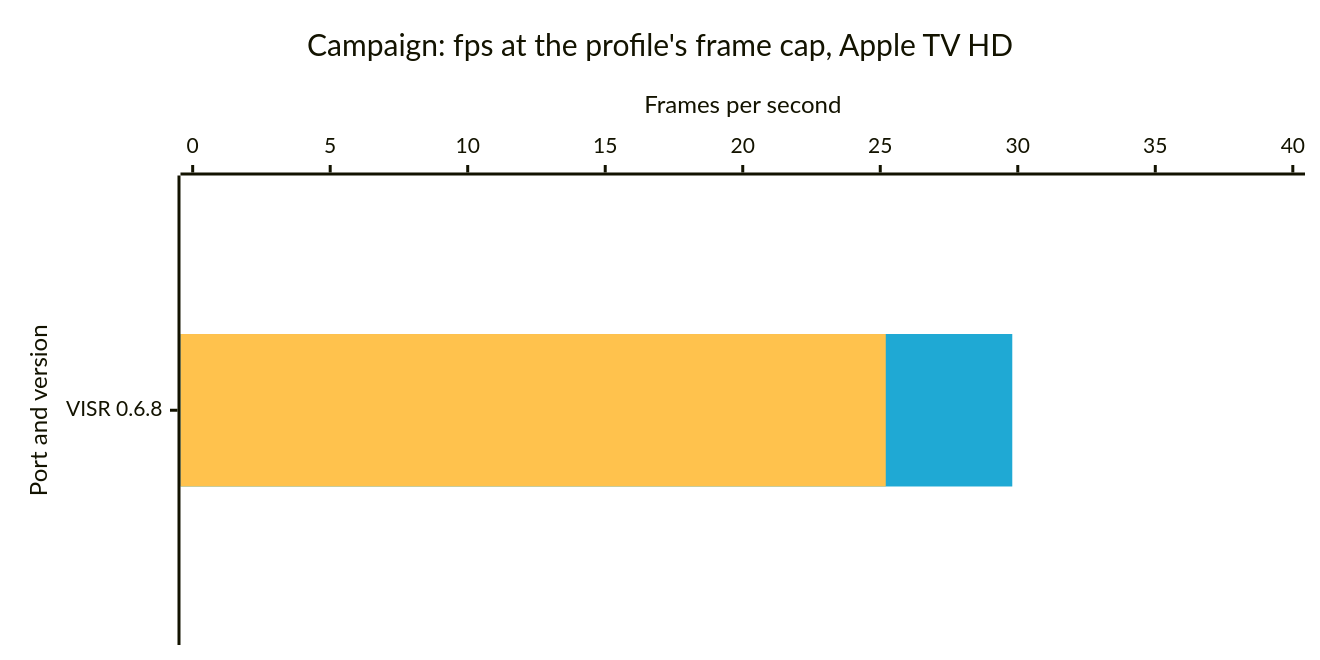
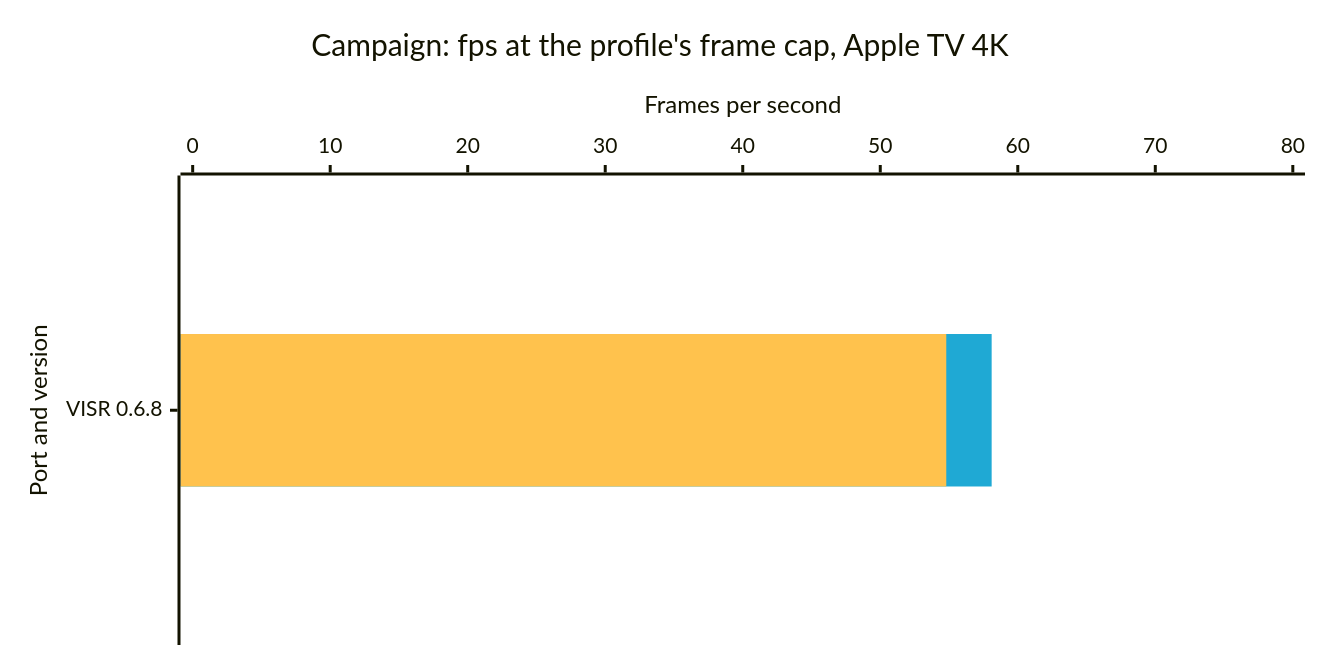
One commit to VISR-CE/visr changed the fifth of 7 diagrams in docs/benchmarks.md. Above: the diagram before and after it, drawn with Mermaid. The commit also changed other lines of this file and 20 other files, not shown here.

First line of the commit message:
✨ feat(benchmarks): add a device picker to each platform's section and open Apple TV on the 4K — every device with rows is selectable beside the suite picker, `box` in each chart spec names the default device, and the paragraph's device name and frame caps come from `docs/benchmarks/devices.toml`

````diff
--- a/docs/benchmarks.md
+++ b/docs/benchmarks.md
@@ -138,17 +138,17 @@
 ```mermaid
 ---
 config:
   xyChart:
     width: 860
     height: 420
   themeVariables:
     xyChart:
       plotColorPalette: "#1fa9d4, #ffc24d"
 ---
 xychart-beta horizontal
-    title "Campaign: fps at the profile's frame cap, Apple TV HD"
+    title "Campaign: fps at the profile's frame cap, Apple TV 4K"
     x-axis "Port and version" ["VISR 0.6.8"]
-    y-axis "Frames per second" 0 --> 40
-    bar [29.8]
-    bar [25.2]
+    y-axis "Frames per second" 0 --> 80
+    bar [58.1]
+    bar [54.8]
 ```
````
